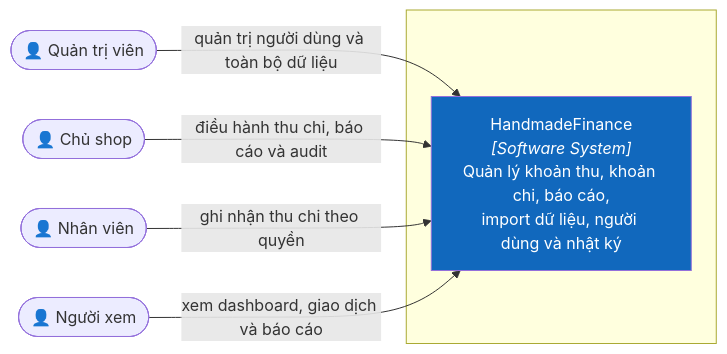
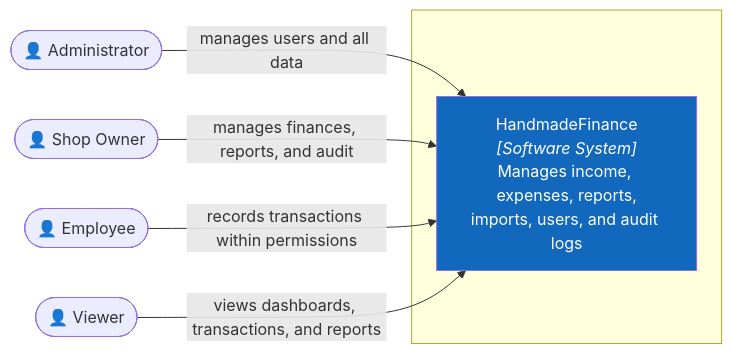
Before and after one commit to PhamHiep948/finance-manager: the diagram in docs/architecture/arc42/03-context-and-scope.md, drawn with Mermaid. The commit also changed other lines of this file and 16 other files, not shown here.

````diff
--- a/docs/architecture/arc42/03-context-and-scope.md
+++ b/docs/architecture/arc42/03-context-and-scope.md
@@ -5,18 +5,18 @@
 ```mermaid
 flowchart LR
-    admin(["👤 Quản trị viên"])
-    owner(["👤 Chủ shop"])
-    employee(["👤 Nhân viên"])
-    viewer(["👤 Người xem"])
+    admin(["👤 Administrator"])
+    owner(["👤 Shop Owner"])
+    employee(["👤 Employee"])
+    viewer(["👤 Viewer"])
 
     subgraph boundary[" "]
-        finance["HandmadeFinance<br/><i>[Software System]</i><br/>Quản lý khoản thu, khoản chi, báo cáo,<br/>import dữ liệu, người dùng và nhật ký"]
+        finance["HandmadeFinance<br/><i>[Software System]</i><br/>Manages income, expenses, reports,<br/>imports, users, and audit logs"]
     end
 
-    admin -- "quản trị người dùng và toàn bộ dữ liệu" --> finance
-    owner -- "điều hành thu chi, báo cáo và audit" --> finance
-    employee -- "ghi nhận thu chi theo quyền" --> finance
-    viewer -- "xem dashboard, giao dịch và báo cáo" --> finance
+    admin -- "manages users and all data" --> finance
+    owner -- "manages finances, reports, and audit" --> finance
+    employee -- "records transactions within permissions" --> finance
+    viewer -- "views dashboards, transactions, and reports" --> finance
 
     style finance fill:#1168bd,color:#fff
 ```
````
